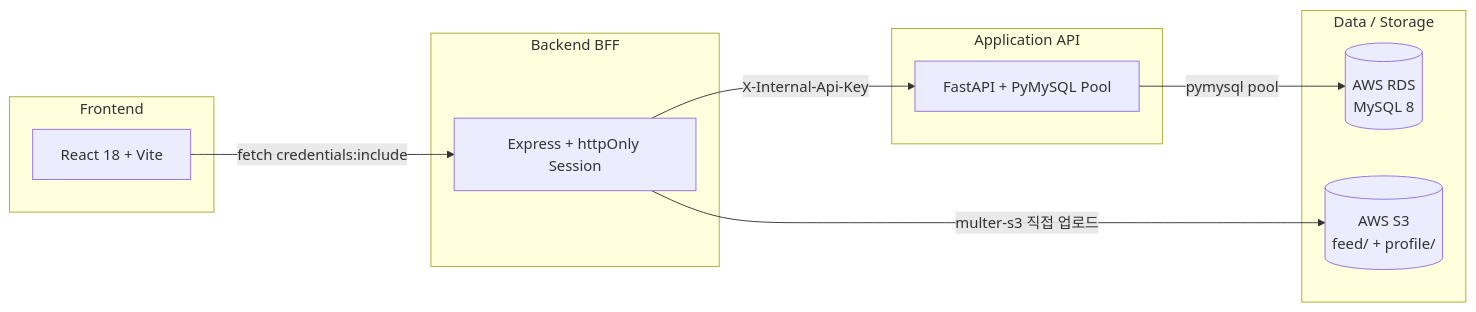
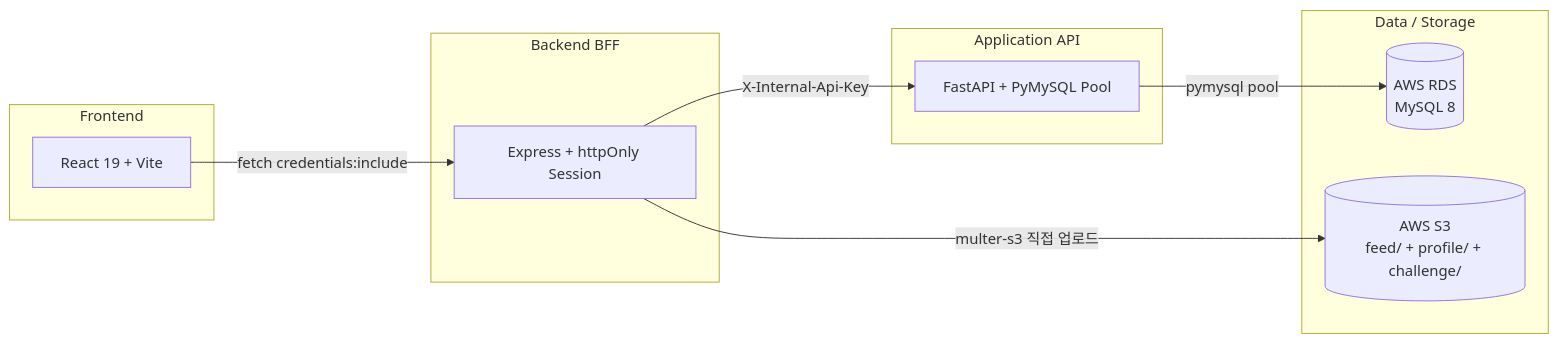
The diagram in docs/report/01-overview.md (junseoja/capston), drawn with Mermaid before and after one commit. The commit also changed other lines of this file and 9 other files, not shown here.

````diff
--- a/docs/report/01-overview.md
+++ b/docs/report/01-overview.md
@@ -28,20 +28,20 @@
 ```mermaid
 flowchart LR
     subgraph FE[Frontend]
-      A[React 18 + Vite]
+      A[React 19 + Vite]
     end
     subgraph BE[Backend BFF]
       B[Express + httpOnly Session]
     end
     subgraph API[Application API]
       C[FastAPI + PyMySQL Pool]
     end
     subgraph DATA[Data / Storage]
       D[(AWS RDS<br/>MySQL 8)]
-      E[(AWS S3<br/>feed/ + profile/)]
+      E[(AWS S3<br/>feed/ + profile/ + challenge/)]
     end
     A -- fetch credentials:include --> B
     B -- X-Internal-Api-Key --> C
     B -- multer-s3 직접 업로드 --> E
     C -- pymysql pool --> D
 ```
````
